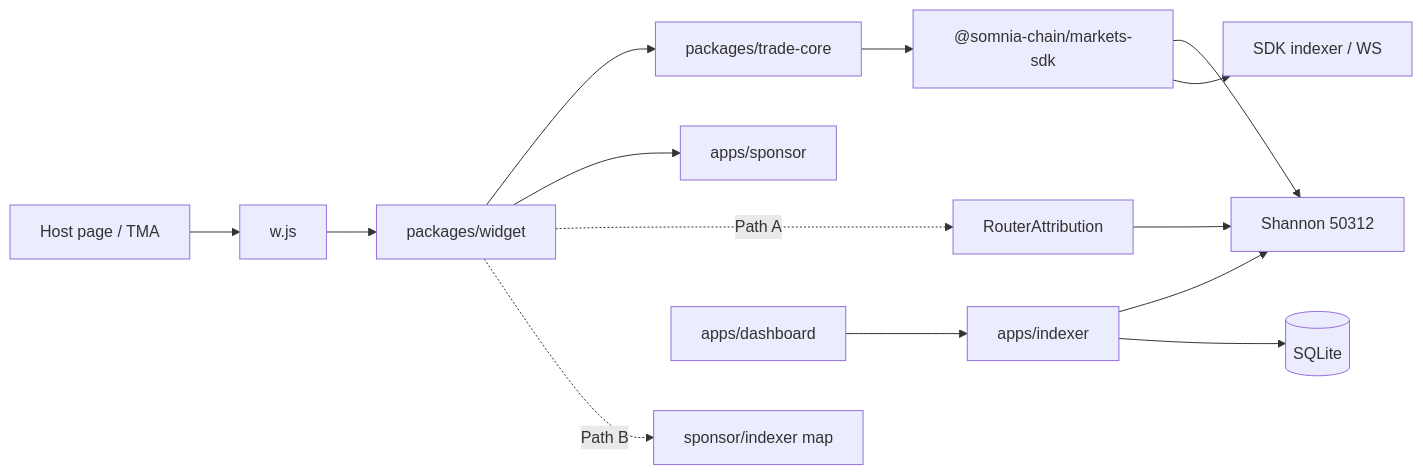
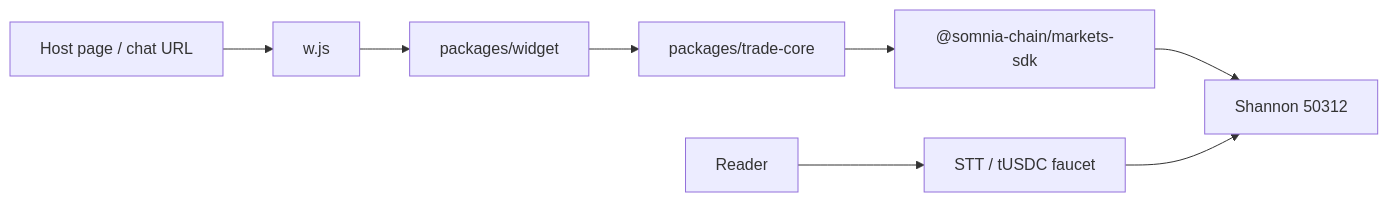
One commit to CemAyyildiz/event-contracts-anywhere changed the first of 3 diagrams in docs/architecture.md. Above: the diagram before and after it, drawn with Mermaid. The commit also changed other lines of this file and 5 other files, not shown here.

````diff
--- a/docs/architecture.md
+++ b/docs/architecture.md
@@ -16,16 +22,10 @@
 ```mermaid
 flowchart LR
-  HostPage["Host page / TMA"] --> Loader["w.js"]
+  HostPage["Host page / chat URL"] --> Loader["w.js"]
   Loader --> Widget["packages/widget"]
   Widget --> TradeCore["packages/trade-core"]
-  Widget --> Sponsor["apps/sponsor"]
   TradeCore --> SDK["@somnia-chain/markets-sdk"]
   SDK --> Chain["Shannon 50312"]
-  SDK --> IndexerGQL["SDK indexer / WS"]
-  Widget -.->|"Path A"| Router["RouterAttribution"]
-  Widget -.->|"Path B"| AttrAPI["sponsor/indexer map"]
-  Router --> Chain
-  IndexerApp["apps/indexer"] --> Chain
-  IndexerApp --> DB[(SQLite)]
-  Dashboard["apps/dashboard"] --> IndexerApp
+  Reader["Reader"] --> Faucet["STT / tUSDC faucet"]
+  Faucet --> Chain
 ```
````
